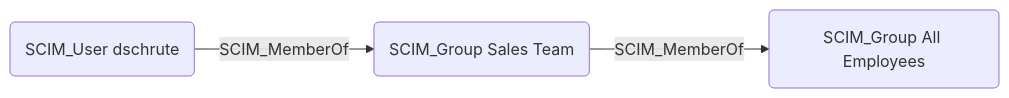
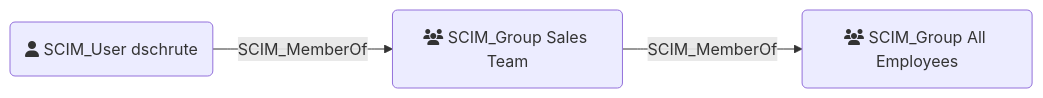
Before and after one commit to SpecterOps/bloodhound-scim-extension: the diagram in docs/edges/SCIM_MemberOf.md, drawn with Mermaid. The commit also changed other lines of this file and 24 other files, not shown here.

````diff
--- a/docs/edges/SCIM_MemberOf.md
+++ b/docs/edges/SCIM_MemberOf.md
@@ -12,8 +12,8 @@
 ```mermaid
 graph LR
-    node1("SCIM_User dschrute")
-    node2("SCIM_Group Sales Team")
-    node3("SCIM_Group All Employees")
+    node1("fa:fa-user SCIM_User dschrute")
+    node2("fa:fa-users SCIM_Group Sales Team")
+    node3("fa:fa-users SCIM_Group All Employees")
     node1 -- SCIM_MemberOf --> node2
     node2 -- SCIM_MemberOf --> node3
 ```
````
